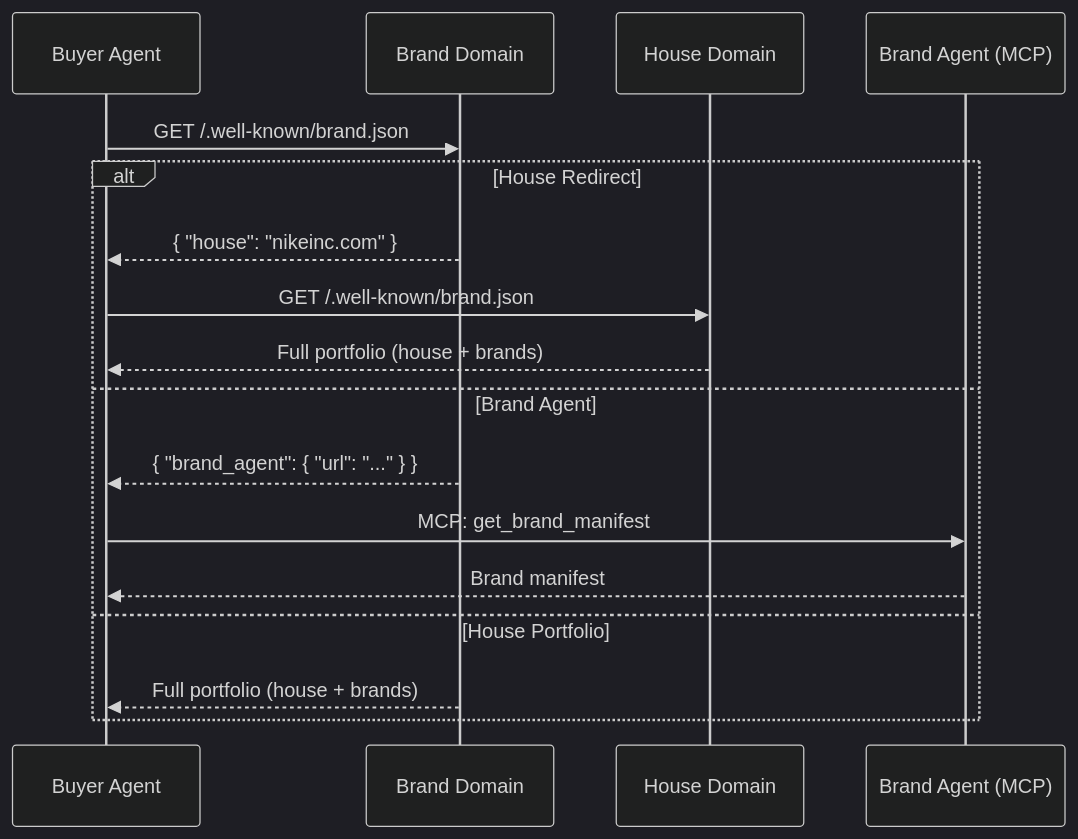
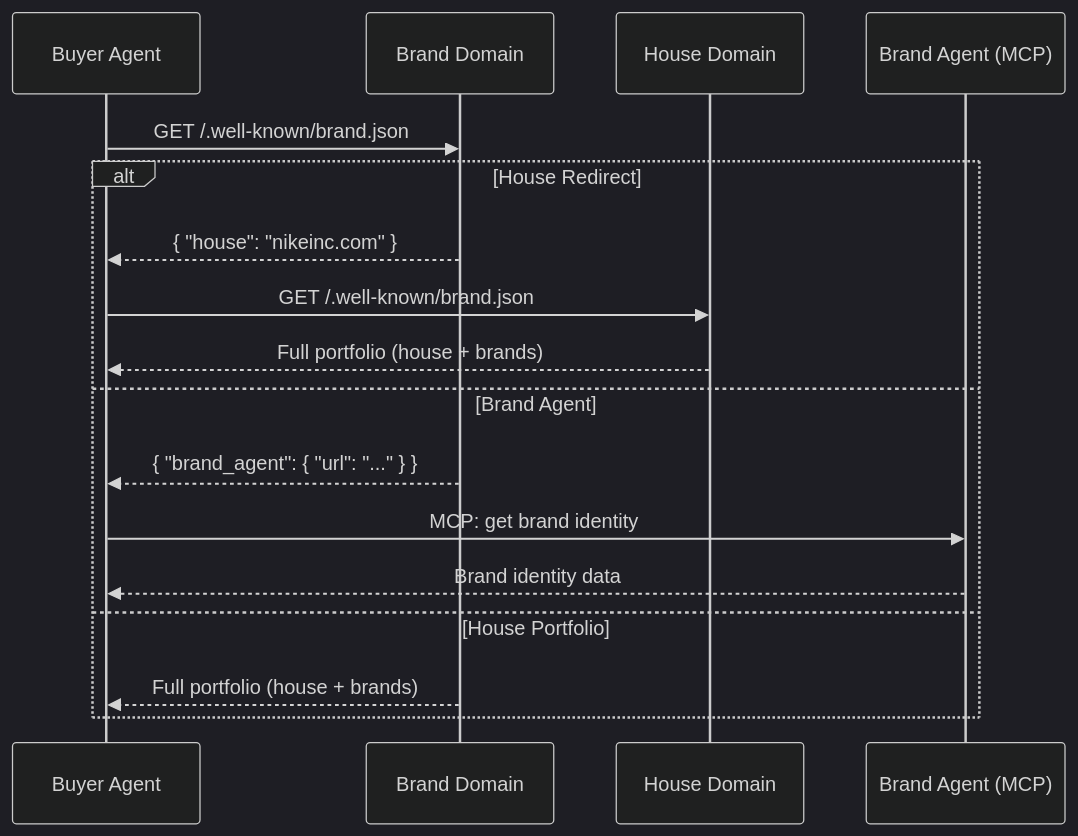
One commit to adcontextprotocol/adcp changed the diagram in docs/brand-protocol/index.mdx. Above: the diagram before and after it, drawn with Mermaid (dark theme). The commit also changed other lines of this file and 76 other files, not shown here.

First line of the commit message:
feat!: Unify brand identity — delete brand-manifest.json, use brand refs

````diff
--- a/docs/brand-protocol/index.mdx
+++ b/docs/brand-protocol/index.mdx
@@ -44,20 +29,20 @@
 ```mermaid
 sequenceDiagram
     participant Agent as Buyer Agent
     participant Domain as Brand Domain
     participant House as House Domain
     participant BrandAgent as Brand Agent (MCP)
 
     Agent->>Domain: GET /.well-known/brand.json
     alt House Redirect
         Domain-->>Agent: { "house": "nikeinc.com" }
         Agent->>House: GET /.well-known/brand.json
         House-->>Agent: Full portfolio (house + brands)
     else Brand Agent
         Domain-->>Agent: { "brand_agent": { "url": "..." } }
-        Agent->>BrandAgent: MCP: get_brand_manifest
-        BrandAgent-->>Agent: Brand manifest
+        Agent->>BrandAgent: MCP: get brand identity
+        BrandAgent-->>Agent: Brand identity data
     else House Portfolio
         Domain-->>Agent: Full portfolio (house + brands)
     end
 ```
````
